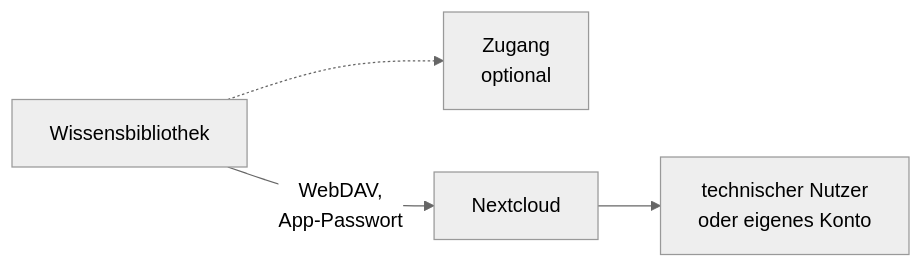
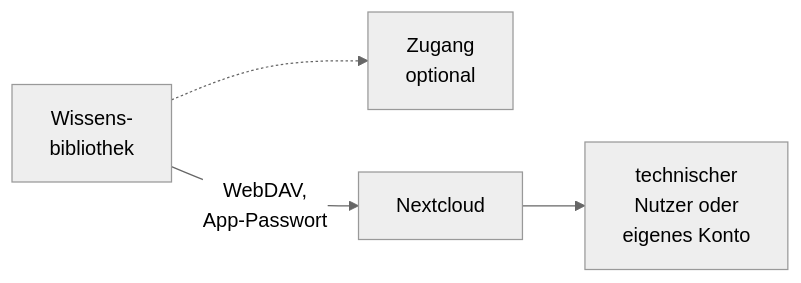
The first of 2 diagrams in docs/handbuch/konnektoren/nextcloud.md (criew/opaa), drawn with Mermaid (neutral theme) before and after one commit. The commit also changed other lines of this file and 13 other files, not shown here.

First line of the commit message:
docs(handbuch): Mermaid-Beschriftungen umbrechen und Verweise auf Konnektor-Abschnitte nachziehen

````diff
--- a/docs/handbuch/konnektoren/nextcloud.md
+++ b/docs/handbuch/konnektoren/nextcloud.md
@@ -11,6 +11,6 @@
 ```mermaid
 flowchart LR
-    B[Wissensbibliothek] -.-> Z[Zugang<br/>optional]
+    B[Wissens-<br/>bibliothek] -.-> Z[Zugang<br/>optional]
     B -->|WebDAV,<br/>App-Passwort| N[Nextcloud]
-    N --> T[technischer Nutzer<br/>oder eigenes Konto]
+    N --> T[technischer<br/>Nutzer oder<br/>eigenes Konto]
 ```
````
